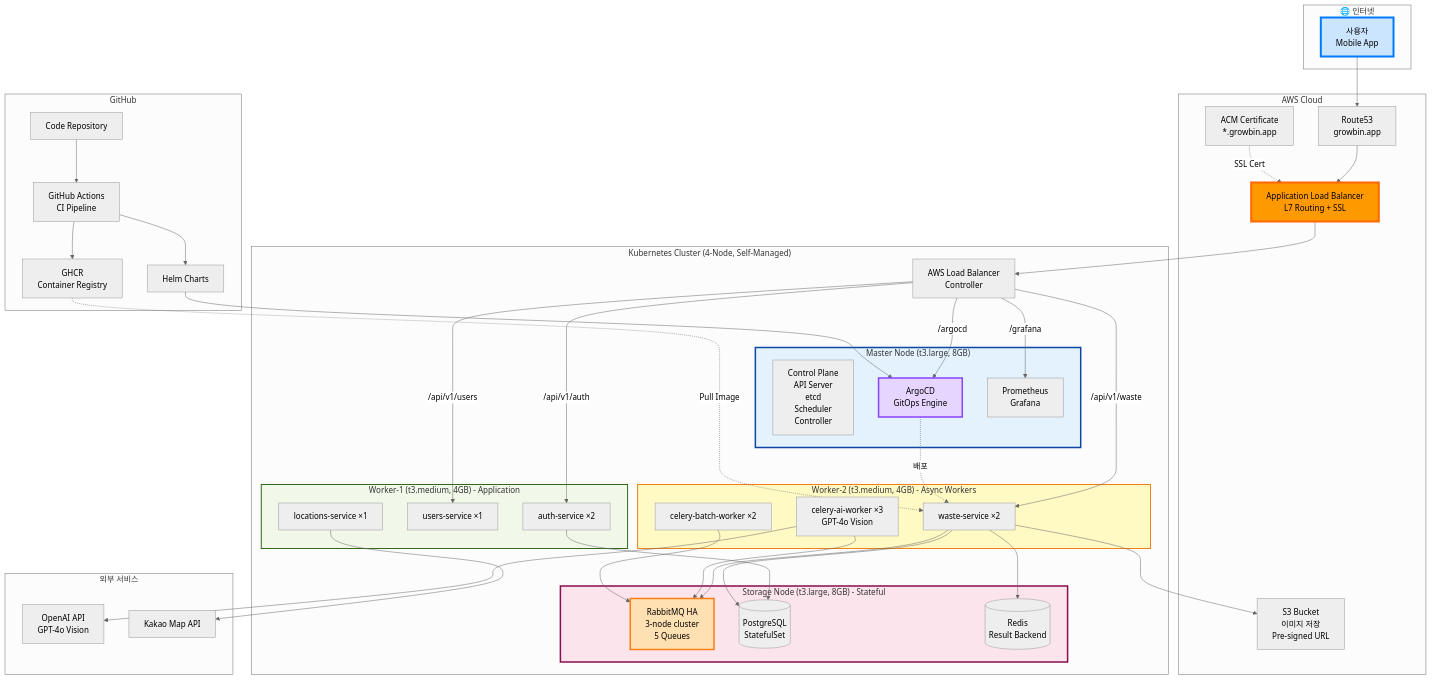
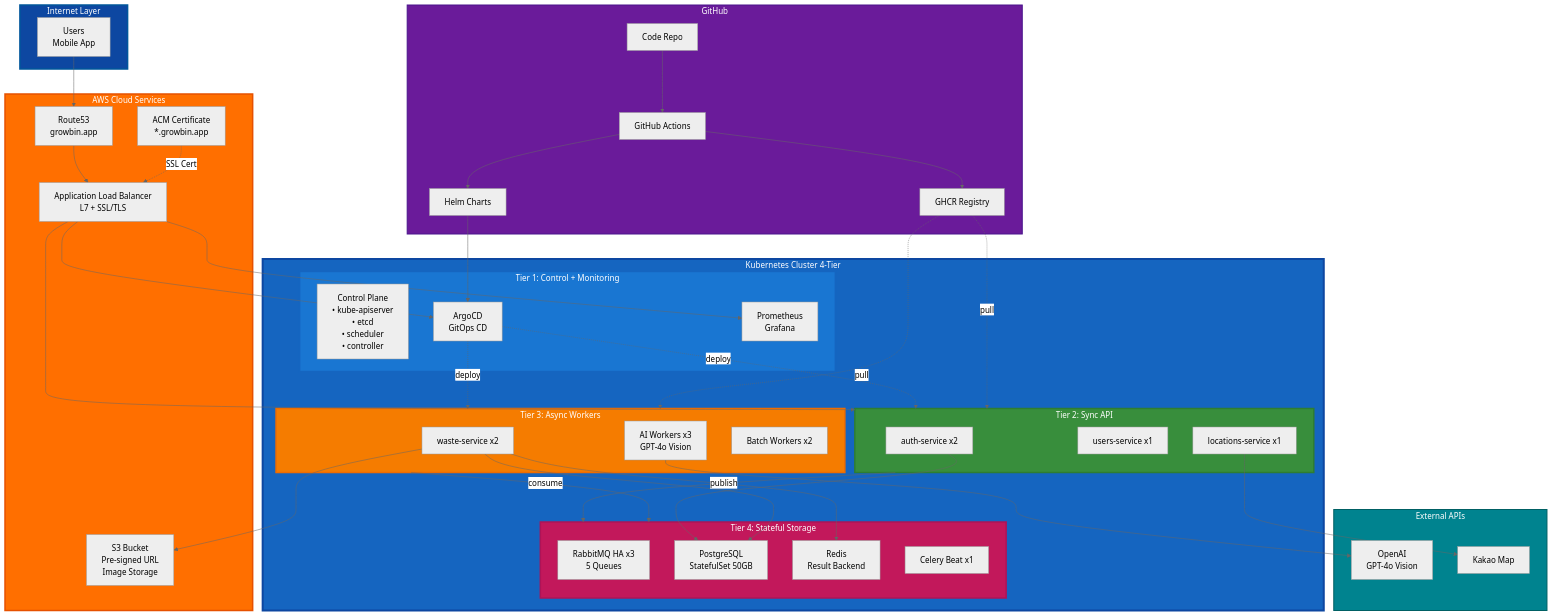
The first of 9 diagrams in docs/architecture/final-k8s-architecture.md (SeSACTHON/backend), drawn with Mermaid (neutral theme) before and after one commit. The commit also changed other lines of this file and 1 other file, not shown here.

First line of the commit message:
docs: Complete rewrite of task-queue and final-k8s-architecture for 4-Tier

````diff
--- a/docs/architecture/final-k8s-architecture.md
+++ b/docs/architecture/final-k8s-architecture.md
@@ -20,93 +20,107 @@
 ```mermaid
 graph TB
-    subgraph Internet["🌐 인터넷"]
-        Users[사용자<br/>Mobile App]
+    subgraph Internet["Internet Layer"]
+        Users["Users
+Mobile App"]
     end
     
-    subgraph AWS["AWS Cloud"]
-        Route53[Route53<br/>growbin.app]
-        ACM[ACM Certificate<br/>*.growbin.app]
-        ALB[Application Load Balancer<br/>L7 Routing + SSL]
-        S3[S3 Bucket<br/>이미지 저장<br/>Pre-signed URL]
+    subgraph AWS["AWS Cloud Services"]
+        Route53["Route53
+growbin.app"]
+        ALB["Application Load Balancer
+L7 + SSL/TLS"]
+        ACM["ACM Certificate
+*.growbin.app"]
+        S3["S3 Bucket
+Pre-signed URL
+Image Storage"]
     end
     
-    subgraph K8s["Kubernetes Cluster (4-Node, Self-Managed)"]
-        subgraph Master["Master Node (t3.large, 8GB)"]
-            CP[Control Plane<br/>API Server<br/>etcd<br/>Scheduler<br/>Controller]
-            ArgoCD[ArgoCD<br/>GitOps Engine]
-            Prom[Prometheus<br/>Grafana]
+    subgraph K8s["Kubernetes Cluster 4-Tier"]
+        subgraph Tier1["Tier 1: Control + Monitoring"]
+            CP["Control Plane
+• kube-apiserver
+• etcd
+• scheduler
+• controller"]
+            ArgoCD["ArgoCD
+GitOps CD"]
+            Prom["Prometheus
+Grafana"]
         end
         
-        subgraph Worker1["Worker-1 (t3.medium, 4GB) - Application"]
-            AuthSvc[auth-service ×2]
-            UsersSvc[users-service ×1]
-            LocSvc[locations-service ×1]
+        subgraph Tier2["Tier 2: Sync API"]
+            AuthSvc["auth-service x2"]
+            UsersSvc["users-service x1"]
+            LocSvc["locations-service x1"]
         end
         
-        subgraph Worker2["Worker-2 (t3.medium, 4GB) - Async Workers"]
-            CeleryAI[celery-ai-worker ×3<br/>GPT-4o Vision]
-            CeleryBatch[celery-batch-worker ×2]
-            WasteSvc[waste-service ×2]
+        subgraph Tier3["Tier 3: Async Workers"]
+            WasteSvc["waste-service x2"]
+            AIW["AI Workers x3
+GPT-4o Vision"]
+            BatchW["Batch Workers x2"]
         end
         
-        subgraph Storage["Storage Node (t3.large, 8GB) - Stateful"]
-            RabbitMQ[RabbitMQ HA<br/>3-node cluster<br/>5 Queues]
-            DB[(PostgreSQL<br/>StatefulSet)]
-            Redis[(Redis<br/>Result Backend)]
+        subgraph Tier4["Tier 4: Stateful Storage"]
+            RMQ["RabbitMQ HA x3
+5 Queues"]
+            DB["PostgreSQL
+StatefulSet 50GB"]
+            Redis["Redis
+Result Backend"]
+            Beat["Celery Beat x1"]
         end
-        
-        ALBC[AWS Load Balancer<br/>Controller]
     end
     
     subgraph GitHub["GitHub"]
-        Code[Code Repository]
-        Charts[Helm Charts]
-        GHA[GitHub Actions<br/>CI Pipeline]
-        GHCR[GHCR<br/>Container Registry]
+        Code["Code Repo"]
+        Charts["Helm Charts"]
+        GHA["GitHub Actions"]
+        GHCR["GHCR Registry"]
     end
     
-    subgraph External["외부 서비스"]
-        OpenAI[OpenAI API<br/>GPT-4o Vision]
-        KakaoMap[Kakao Map API]
+    subgraph External["External APIs"]
+        OpenAI["OpenAI
+GPT-4o Vision"]
+        KakaoMap["Kakao Map"]
     end
     
     Users --> Route53
     Route53 --> ALB
     ACM -.->|SSL Cert| ALB
-    ALB --> ALBC
+    ALB --> Tier2
+    ALB --> ArgoCD
+    ALB --> Prom
     
-    ALBC -->|/api/v1/auth| AuthSvc
-    ALBC -->|/api/v1/users| UsersSvc
-    ALBC -->|/api/v1/waste| WasteSvc
-    ALBC -->|/argocd| ArgoCD
-    ALBC -->|/grafana| Prom
+    Tier2 -->|publish| Tier4
+    Tier3 -->|consume| Tier4
     
-    WasteSvc --> RabbitMQ
-    CeleryAI --> RabbitMQ
-    CeleryBatch --> RabbitMQ
+    WasteSvc --> S3
+    AIW --> OpenAI
+    LocSvc --> KakaoMap
     
     AuthSvc --> DB
     WasteSvc --> DB
     WasteSvc --> Redis
-    WasteSvc --> S3
-    
-    CeleryAI --> OpenAI
-    LocSvc --> KakaoMap
     
     Code --> GHA
     GHA --> GHCR
     GHA --> Charts
     Charts --> ArgoCD
-    ArgoCD -.->|배포| WasteSvc
+    ArgoCD -.->|deploy| Tier2
+    ArgoCD -.->|deploy| Tier3
     
-    GHCR -.->|Pull Image| WasteSvc
+    GHCR -.->|pull| Tier2
+    GHCR -.->|pull| Tier3
     
-    style Users fill:#cce5ff,stroke:#007bff,stroke-width:4px
-    style ALB fill:#ff9900,stroke:#ff6600,stroke-width:4px
-    style Master fill:#e3f2fd,stroke:#0d47a1,stroke-width:3px
-    style Worker1 fill:#f1f8e9,stroke:#33691e,stroke-width:2px
-    style Worker2 fill:#fff9c4,stroke:#f57f17,stroke-width:2px
-    style Storage fill:#fce4ec,stroke:#880e4f,stroke-width:3px
-    style ArgoCD fill:#e6d5ff,stroke:#8844ff,stroke-width:3px
-    style RabbitMQ fill:#ffe0b3,stroke:#fd7e14,stroke-width:3px
+    style Internet fill:#0d47a1,color:#fff,stroke:#01579b,stroke-width:3px
+    style AWS fill:#ff6f00,color:#fff,stroke:#e65100,stroke-width:3px
+    style K8s fill:#1565c0,color:#fff,stroke:#0d47a1,stroke-width:4px
+    style Tier1 fill:#1976d2,color:#fff,stroke:#1565c0,stroke-width:3px
+    style Tier2 fill:#388e3c,color:#fff,stroke:#2e7d32,stroke-width:3px
+    style Tier3 fill:#f57c00,color:#fff,stroke:#ef6c00,stroke-width:3px
+    style Tier4 fill:#c2185b,color:#fff,stroke:#ad1457,stroke-width:3px
+    style GitHub fill:#6a1b9a,color:#fff,stroke:#4a148c,stroke-width:2px
+    style External fill:#00838f,color:#fff,stroke:#006064,stroke-width:2px
 ```
````
